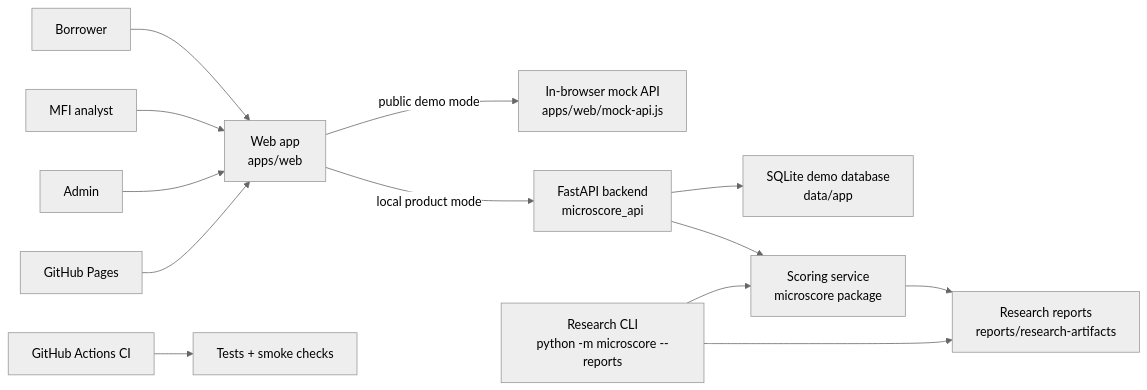
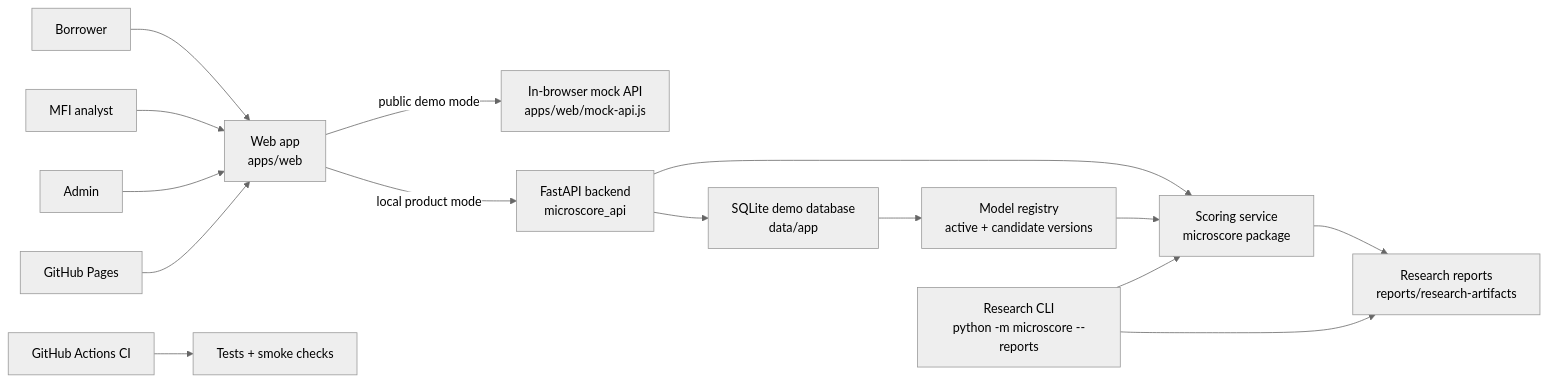
The diagram in docs/ARCHITECTURE.md (alex-tereshkovv/micro-score), drawn with Mermaid (neutral theme) before and after one commit. The commit also changed other lines of this file and 19 other files, not shown here.

Commit message:
Add governed model version registry

````diff
--- a/docs/ARCHITECTURE.md
+++ b/docs/ARCHITECTURE.md
@@ -9,19 +9,21 @@
 ```mermaid
 flowchart LR
     Borrower["Borrower"] --> Web["Web app\napps/web"]
     Analyst["MFI analyst"] --> Web
     Admin["Admin"] --> Web
 
     Web -->|"public demo mode"| MockApi["In-browser mock API\napps/web/mock-api.js"]
     Web -->|"local product mode"| FastAPI["FastAPI backend\nmicroscore_api"]
 
     FastAPI --> SQLite["SQLite demo database\ndata/app"]
+    SQLite --> Registry["Model registry\nactive + candidate versions"]
     FastAPI --> Scoring["Scoring service\nmicroscore package"]
+    Registry --> Scoring
     Scoring --> Reports["Research reports\nreports/research-artifacts"]
 
     Research["Research CLI\npython -m microscore --reports"] --> Scoring
     Research --> Reports
 
     CI["GitHub Actions CI"] --> Tests["Tests + smoke checks"]
     Pages["GitHub Pages"] --> Web
 ```
````
